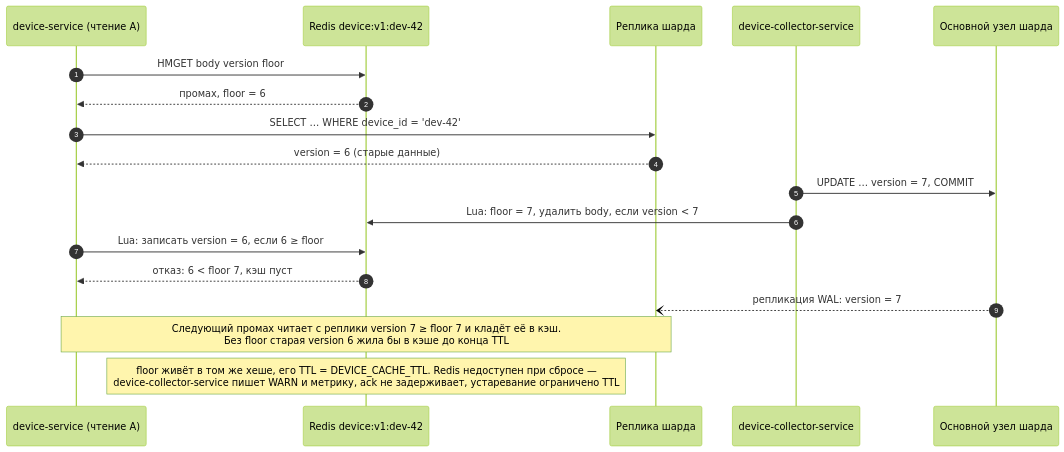
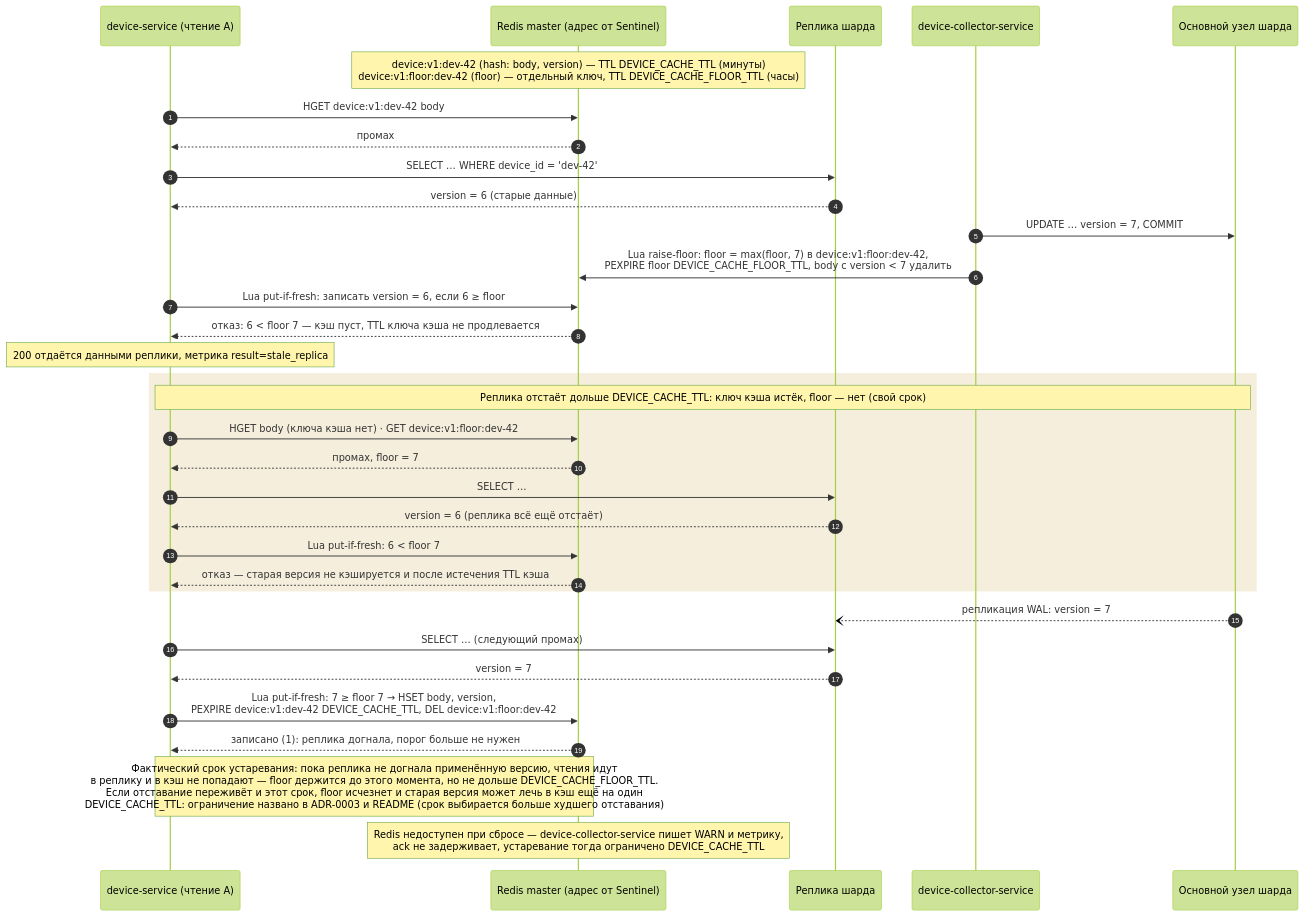
The diagram in diagrams/ds-cache-consistency-sequence.mmd (gluhov-d/iot-platform), drawn with Mermaid (forest theme) before and after one commit. The commit also changed 28 other files, not shown here.

First line of the commit message:
Дизайн device-service: правки по итогам ревью

```diff
--- a/diagrams/ds-cache-consistency-sequence.mmd
+++ b/diagrams/ds-cache-consistency-sequence.mmd
@@ -1,20 +1,39 @@
 %% Почему в кэш не попадают старые данные: гонка «чтение старой версии — запись — сброс — SET старой версии»
+%% и отставание реплики дольше DEVICE_CACHE_TTL. floor лежит в отдельном ключе со своим сроком жизни.
 sequenceDiagram
     autonumber
     participant A as device-service (чтение A)
-    participant RD as Redis device:v1:dev-42
+    participant RD as Redis master (адрес от Sentinel)
     participant R as Реплика шарда
     participant DC as device-collector-service
     participant S as Основной узел шарда
 
-    A->>RD: HMGET body version floor
-    RD-->>A: промах, floor = 6
+    Note over RD: device:v1:dev-42 (hash: body, version) — TTL DEVICE_CACHE_TTL (минуты)<br/>device:v1:floor:dev-42 (floor) — отдельный ключ, TTL DEVICE_CACHE_FLOOR_TTL (часы)
+
+    A->>RD: HGET device:v1:dev-42 body
+    RD-->>A: промах
     A->>R: SELECT … WHERE device_id = 'dev-42'
     R-->>A: version = 6 (старые данные)
     DC->>S: UPDATE … version = 7, COMMIT
-    DC->>RD: Lua: floor = 7, удалить body, если version < 7
-    A->>RD: Lua: записать version = 6, если 6 ≥ floor
-    RD-->>A: отказ: 6 < floor 7, кэш пуст
+    DC->>RD: Lua raise-floor: floor = max(floor, 7) в device:v1:floor:dev-42,<br/>PEXPIRE floor DEVICE_CACHE_FLOOR_TTL, body с version < 7 удалить
+    A->>RD: Lua put-if-fresh: записать version = 6, если 6 ≥ floor
+    RD-->>A: отказ: 6 < floor 7 — кэш пуст, TTL ключа кэша не продлевается
+    Note over A: 200 отдаётся данными реплики, метрика result=stale_replica
+
+    rect rgb(245, 238, 220)
+        Note over A,S: Реплика отстаёт дольше DEVICE_CACHE_TTL: ключ кэша истёк, floor — нет (свой срок)
+        A->>RD: HGET body (ключа кэша нет) · GET device:v1:floor:dev-42
+        RD-->>A: промах, floor = 7
+        A->>R: SELECT …
+        R-->>A: version = 6 (реплика всё ещё отстаёт)
+        A->>RD: Lua put-if-fresh: 6 < floor 7
+        RD-->>A: отказ — старая версия не кэшируется и после истечения TTL кэша
+    end
+
     S--)R: репликация WAL: version = 7
-    Note over A,R: Следующий промах читает с реплики version 7 ≥ floor 7 и кладёт её в кэш.<br/>Без floor старая version 6 жила бы в кэше до конца TTL
-    Note over RD: floor живёт в том же хеше, его TTL = DEVICE_CACHE_TTL. Redis недоступен при сбросе —<br/>device-collector-service пишет WARN и метрику, ack не задерживает, устаревание ограничено TTL
+    A->>R: SELECT … (следующий промах)
+    R-->>A: version = 7
+    A->>RD: Lua put-if-fresh: 7 ≥ floor 7 → HSET body, version,<br/>PEXPIRE device:v1:dev-42 DEVICE_CACHE_TTL, DEL device:v1:floor:dev-42
+    RD-->>A: записано (1): реплика догнала, порог больше не нужен
+    Note over A,RD: Фактический срок устаревания: пока реплика не догнала применённую версию, чтения идут<br/>в реплику и в кэш не попадают — floor держится до этого момента, но не дольше DEVICE_CACHE_FLOOR_TTL.<br/>Если отставание переживёт и этот срок, floor исчезнет и старая версия может лечь в кэш ещё на один<br/>DEVICE_CACHE_TTL: ограничение названо в ADR-0003 и README (срок выбирается больше худшего отставания)
+    Note over RD: Redis недоступен при сбросе — device-collector-service пишет WARN и метрику,<br/>ack не задерживает, устаревание тогда ограничено DEVICE_CACHE_TTL
```
